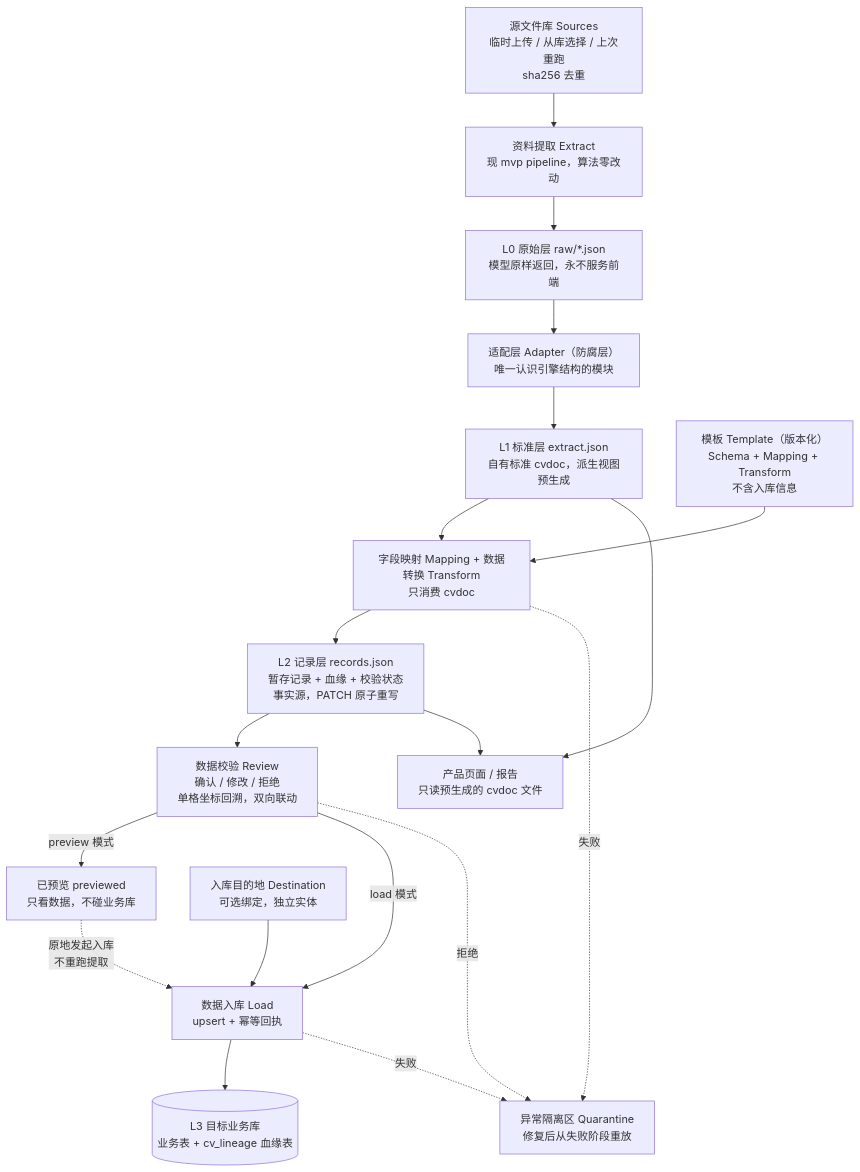
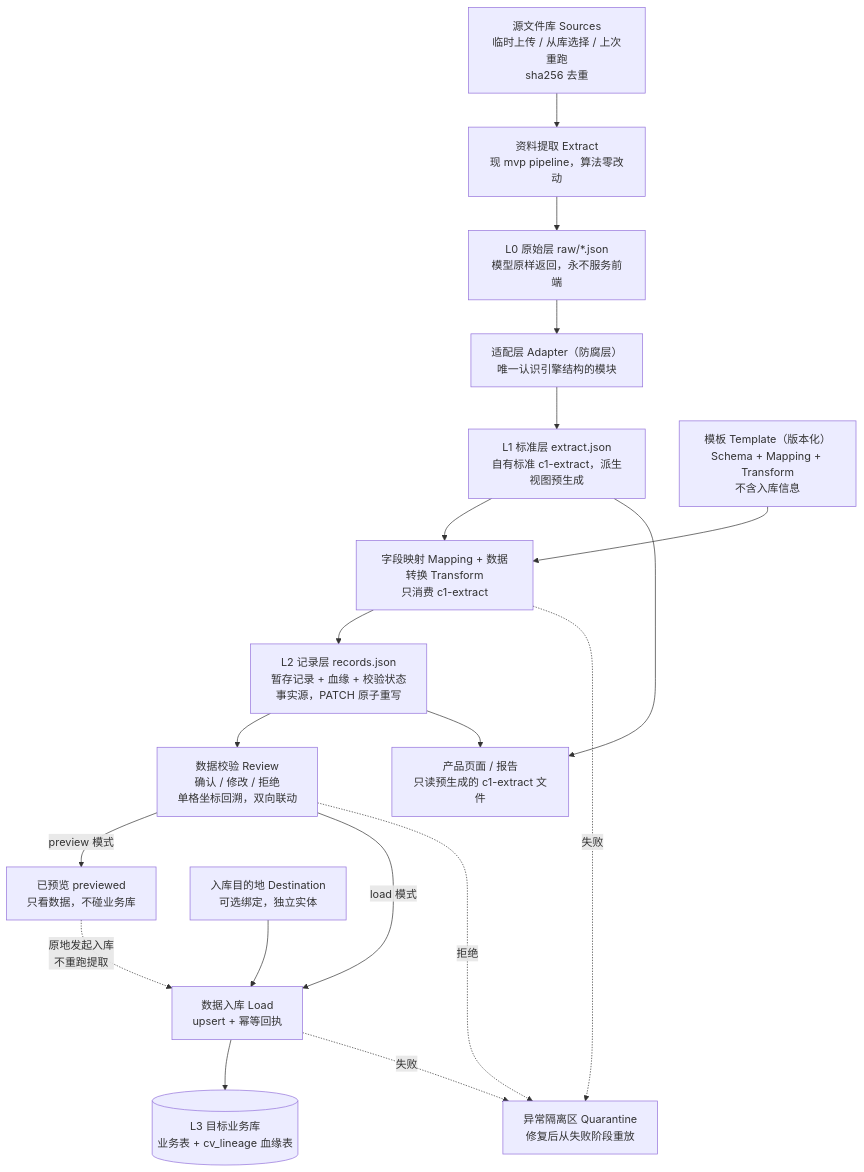
Before and after one commit to freeedoooooo/algs: the first of 7 diagrams in 20-CV/mvp/docs/design-data-pipeline.md, drawn with Mermaid. The commit also changed other lines of this file and 17 other files, not shown here.

````diff
--- a/20-CV/mvp/docs/design-data-pipeline.md
+++ b/20-CV/mvp/docs/design-data-pipeline.md
@@ -21,21 +21,21 @@
 ```mermaid
 flowchart TD
     S["源文件库 Sources<br/>临时上传 / 从库选择 / 上次重跑<br/>sha256 去重"] --> E["资料提取 Extract<br/>现 mvp pipeline，算法零改动"]
     E --> RAW["L0 原始层 raw/*.json<br/>模型原样返回，永不服务前端"]
     RAW --> AD["适配层 Adapter（防腐层）<br/>唯一认识引擎结构的模块"]
-    AD --> EX["L1 标准层 extract.json<br/>自有标准 cvdoc，派生视图预生成"]
-    EX --> MT["字段映射 Mapping + 数据转换 Transform<br/>只消费 cvdoc"]
+    AD --> EX["L1 标准层 extract.json<br/>自有标准 c1-extract，派生视图预生成"]
+    EX --> MT["字段映射 Mapping + 数据转换 Transform<br/>只消费 c1-extract"]
     T["模板 Template（版本化）<br/>Schema + Mapping + Transform<br/>不含入库信息"] --> MT
     MT --> ST["L2 记录层 records.json<br/>暂存记录 + 血缘 + 校验状态<br/>事实源，PATCH 原子重写"]
     ST --> RV["数据校验 Review<br/>确认 / 修改 / 拒绝<br/>单格坐标回溯，双向联动"]
     RV -->|"preview 模式"| PV["已预览 previewed<br/>只看数据，不碰业务库"]
     RV -->|"load 模式"| L["数据入库 Load<br/>upsert + 幂等回执"]
     PV -.->|"原地发起入库<br/>不重跑提取"| L
     D["入库目的地 Destination<br/>可选绑定，独立实体"] --> L
     L --> DB[("L3 目标业务库<br/>业务表 + cv_lineage 血缘表")]
     MT -.->|失败| Q["异常隔离区 Quarantine<br/>修复后从失败阶段重放"]
     RV -.->|拒绝| Q
     L -.->|失败| Q
-    EX --> UI["产品页面 / 报告<br/>只读预生成的 cvdoc 文件"]
+    EX --> UI["产品页面 / 报告<br/>只读预生成的 c1-extract 文件"]
     ST --> UI
 ```
````
